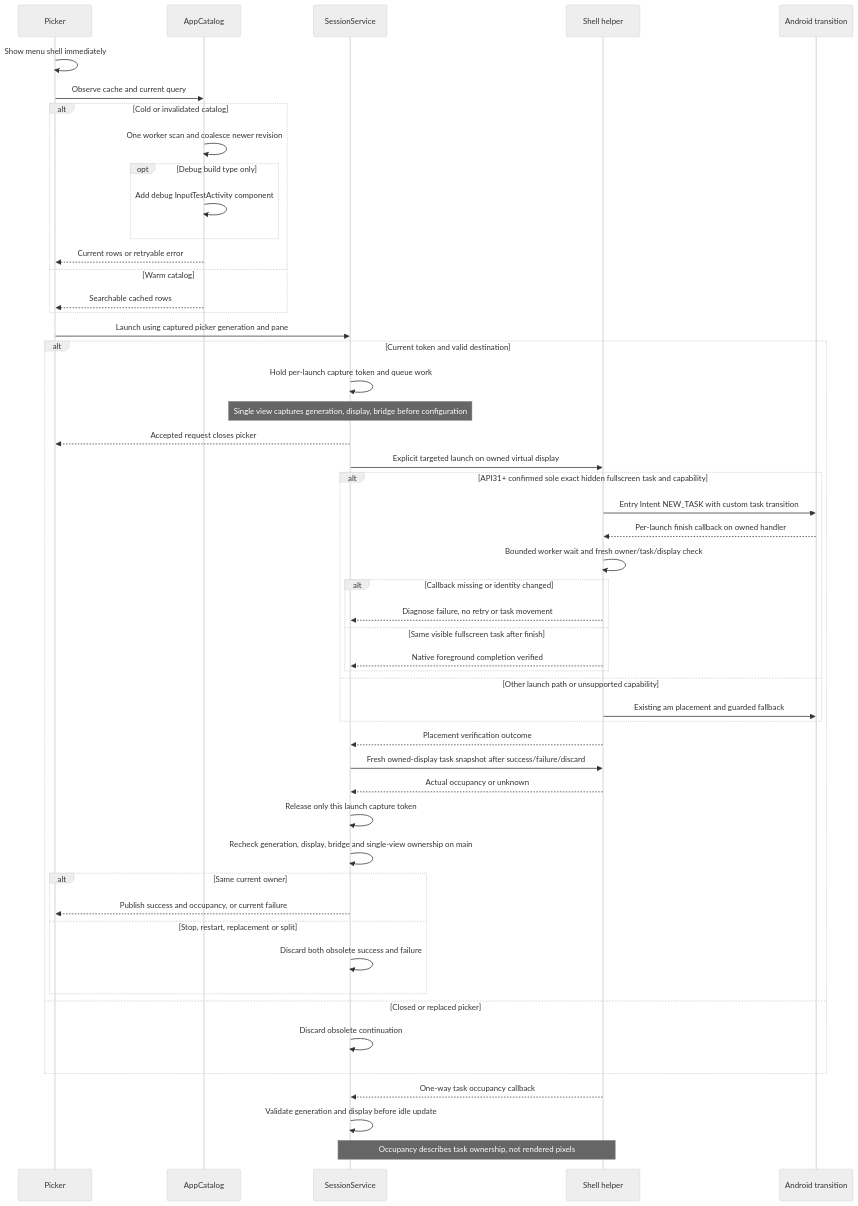
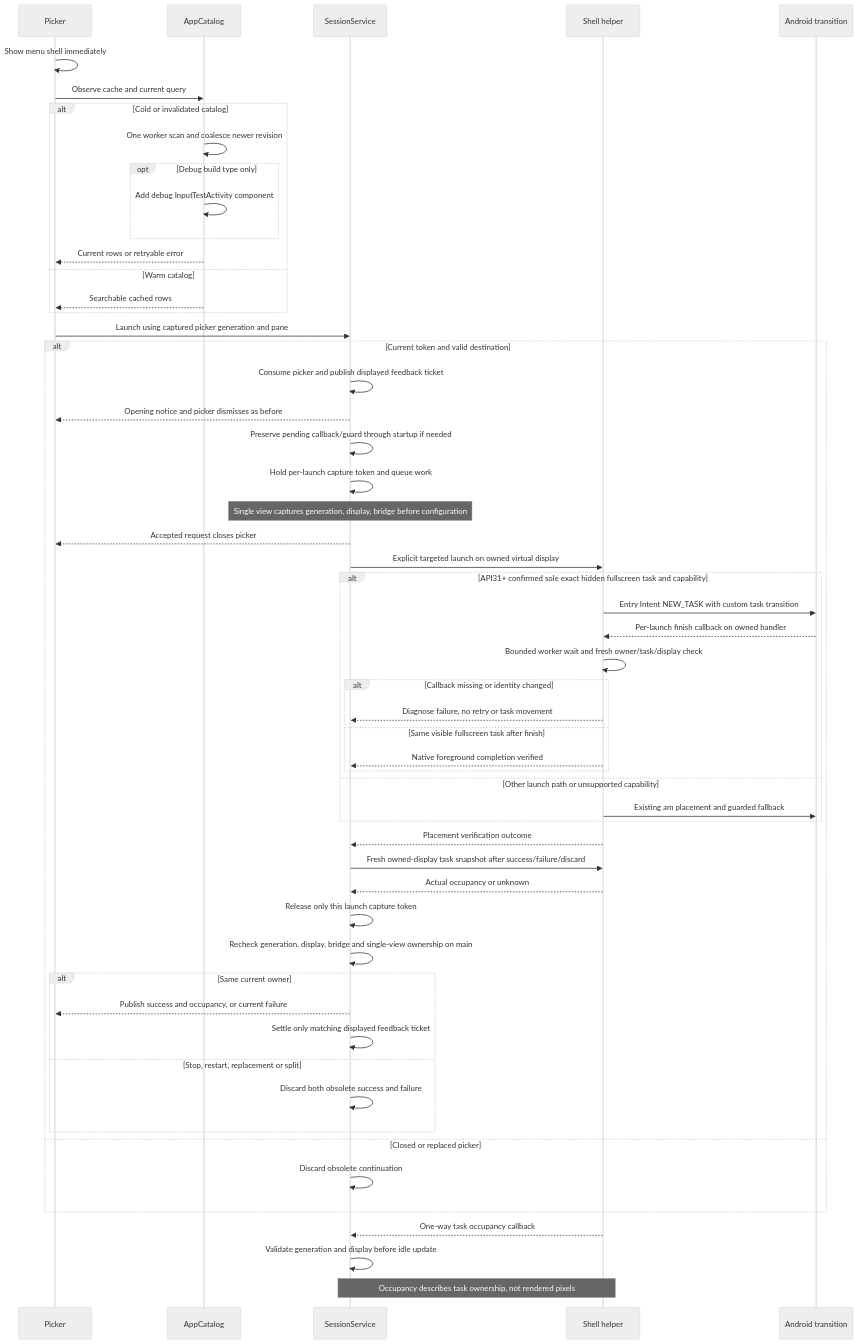
One commit to PhiLong-Ho/DexDroid changed the second of 2 diagrams in docs/architecture/features/app-launcher.md. Above: the diagram before and after it, drawn with Mermaid (neutral theme). The commit also changed other lines of this file and 67 other files, not shown here.

````diff
--- a/docs/architecture/features/app-launcher.md
+++ b/docs/architecture/features/app-launcher.md
@@ -44,53 +48,57 @@
 ```mermaid
 sequenceDiagram
     participant UI as Picker
     participant C as AppCatalog
     participant S as SessionService
     participant D as Shell helper
     participant N as Android transition
     UI->>UI: Show menu shell immediately
     UI->>C: Observe cache and current query
     alt Cold or invalidated catalog
         C->>C: One worker scan and coalesce newer revision
         opt Debug build type only
             C->>C: Add debug InputTestActivity component
         end
         C-->>UI: Current rows or retryable error
     else Warm catalog
         C-->>UI: Searchable cached rows
     end
     UI->>S: Launch using captured picker generation and pane
     alt Current token and valid destination
+        S->>S: Consume picker and publish displayed feedback ticket
+        S-->>UI: Opening notice and picker dismisses as before
+        S->>S: Preserve pending callback/guard through startup if needed
         S->>S: Hold per-launch capture token and queue work
         Note over S: Single view captures generation, display, bridge before configuration
         S-->>UI: Accepted request closes picker
         S->>D: Explicit targeted launch on owned virtual display
         alt API31+ confirmed sole exact hidden fullscreen task and capability
             D->>N: Entry Intent NEW_TASK with custom task transition
             N-->>D: Per-launch finish callback on owned handler
             D->>D: Bounded worker wait and fresh owner/task/display check
             alt Callback missing or identity changed
                 D-->>S: Diagnose failure, no retry or task movement
             else Same visible fullscreen task after finish
                 D-->>S: Native foreground completion verified
             end
         else Other launch path or unsupported capability
             D->>N: Existing am placement and guarded fallback
         end
         D-->>S: Placement verification outcome
         S->>D: Fresh owned-display task snapshot after success/failure/discard
         D-->>S: Actual occupancy or unknown
         S->>S: Release only this launch capture token
         S->>S: Recheck generation, display, bridge and single-view ownership on main
         alt Same current owner
             S-->>UI: Publish success and occupancy, or current failure
+            S->>S: Settle only matching displayed feedback ticket
         else Stop, restart, replacement or split
             S->>S: Discard both obsolete success and failure
         end
     else Closed or replaced picker
         S->>S: Discard obsolete continuation
     end
     D-->>S: One-way task occupancy callback
     S->>S: Validate generation and display before idle update
     Note over S,D: Occupancy describes task ownership, not rendered pixels
 ```
````
